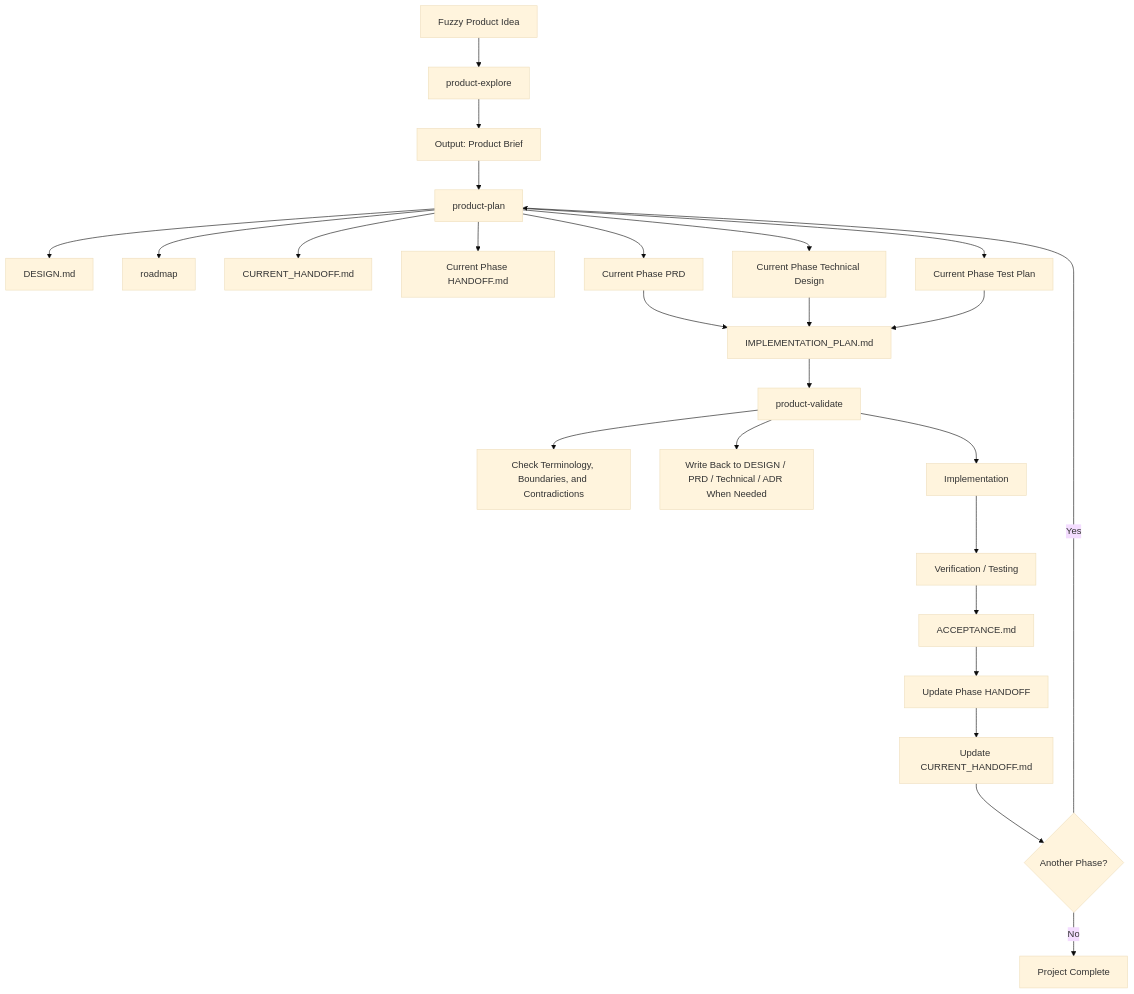
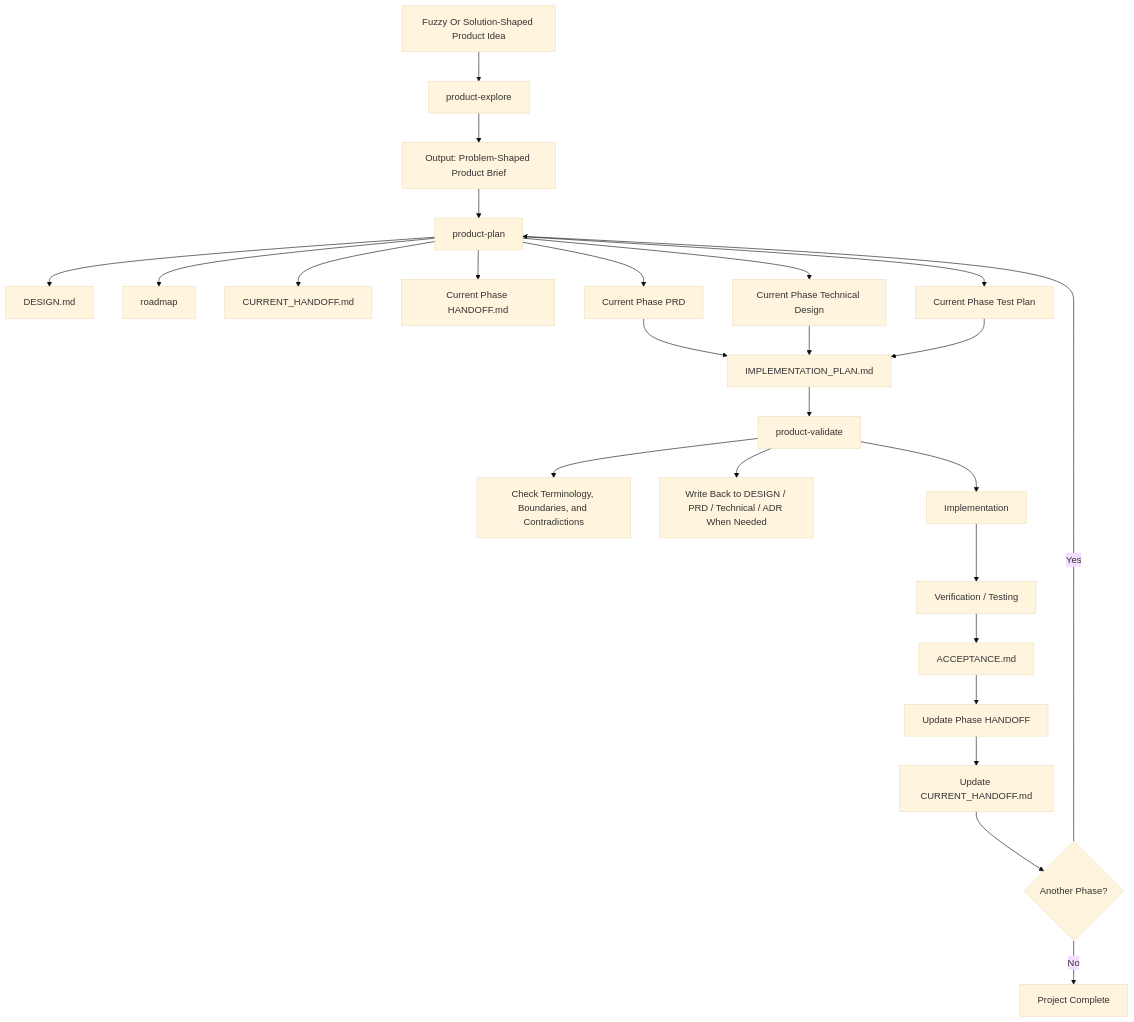
Before and after one commit to ccomma/skills: the first of 3 diagrams in README.md, drawn with Mermaid (base theme). The commit also changed other lines of this file and 6 other files, not shown here.

Commit message:
Refine product-explore positioning and handoff boundaries

````diff
--- a/README.md
+++ b/README.md
@@ -21,32 +21,32 @@
 ```mermaid
 flowchart TD
-    A["Fuzzy Product Idea"] --> B["product-explore"]
-    B --> B1["Output: Product Brief"]
+    A["Fuzzy Or Solution-Shaped Product Idea"] --> B["product-explore"]
+    B --> B1["Output: Problem-Shaped Product Brief"]
 
     B1 --> C["product-plan"]
     C --> C1["DESIGN.md"]
     C --> C2["roadmap"]
     C --> C3["CURRENT_HANDOFF.md"]
     C --> C4["Current Phase HANDOFF.md"]
     C --> C5["Current Phase PRD"]
     C --> C6["Current Phase Technical Design"]
     C --> C7["Current Phase Test Plan"]
 
     C5 --> D["IMPLEMENTATION_PLAN.md"]
     C6 --> D
     C7 --> D
 
     D --> E["product-validate"]
     E --> E1["Check Terminology, Boundaries, and Contradictions"]
     E --> E2["Write Back to DESIGN / PRD / Technical / ADR When Needed"]
 
     E --> F["Implementation"]
     F --> G["Verification / Testing"]
     G --> H["ACCEPTANCE.md"]
     H --> I["Update Phase HANDOFF"]
     I --> J["Update CURRENT_HANDOFF.md"]
 
     J --> K{"Another Phase?"}
     K -->|Yes| C
     K -->|No| L["Project Complete"]
 ```
````
